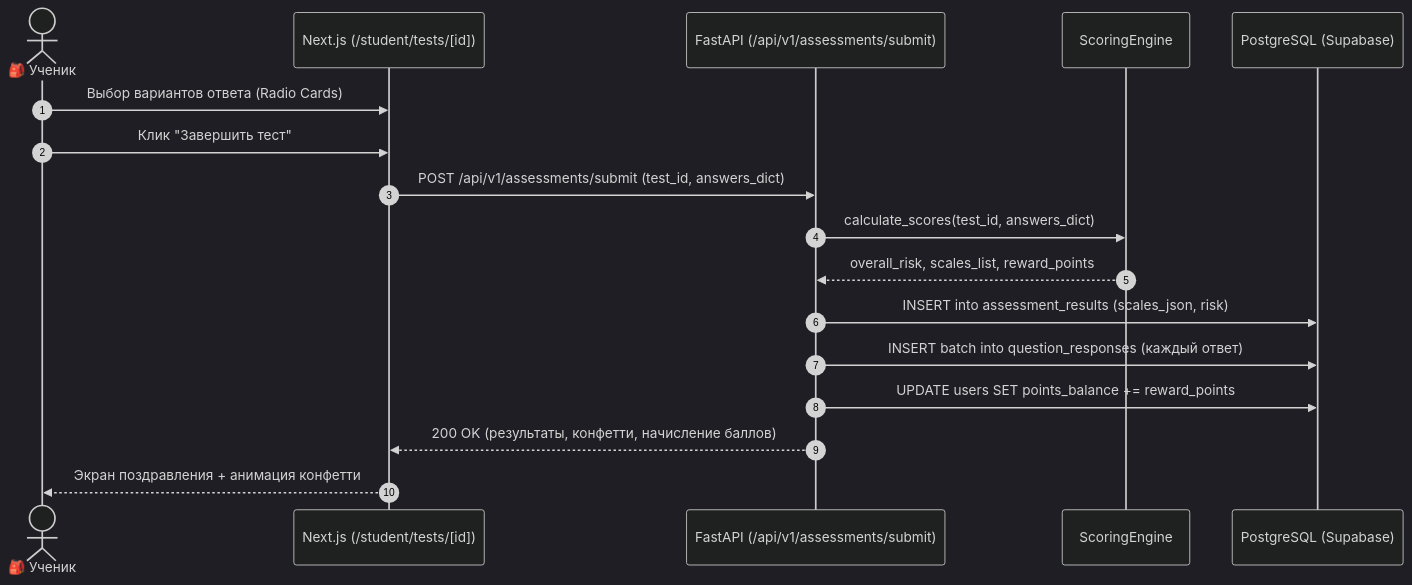
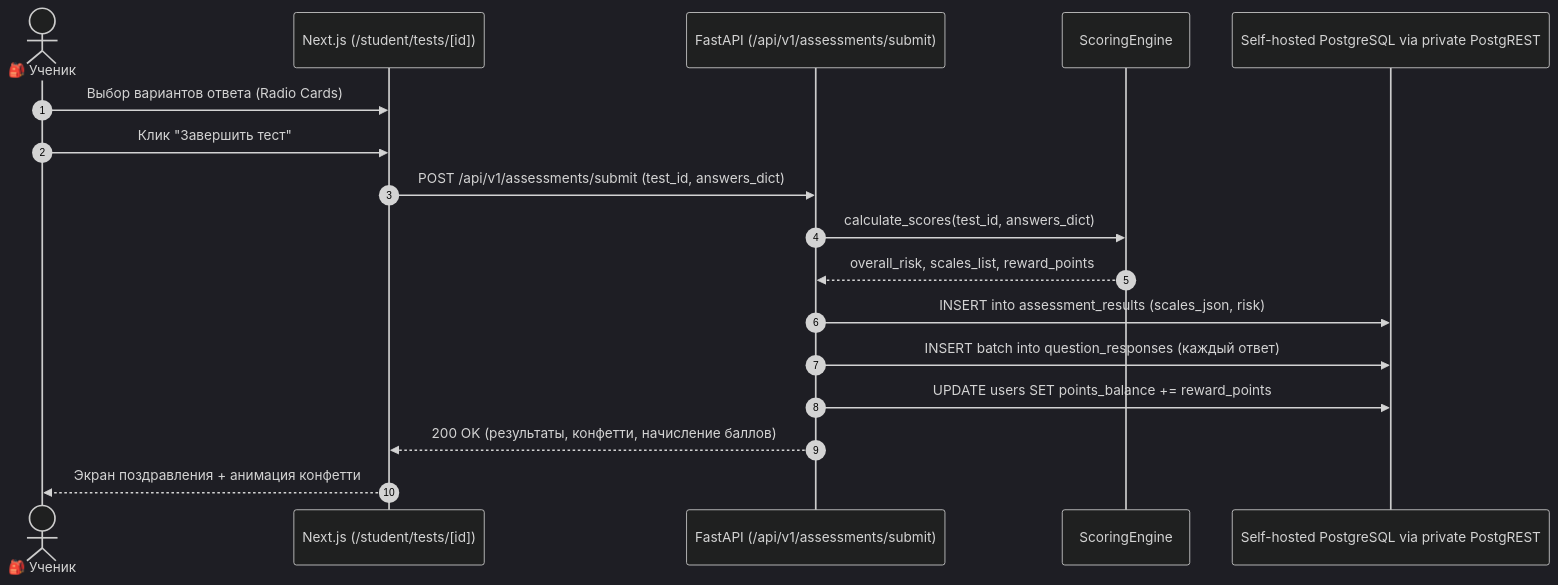
Before and after one commit to kl1lng/Psychology: the fourth of 6 diagrams in docs/PROJECT_ARCHITECTURE.md, drawn with Mermaid (dark theme). The commit also changed other lines of this file and 118 other files, not shown here.

Commit message:
Prepare AISezim 2.0 self-hosted deployment

````diff
--- a/docs/PROJECT_ARCHITECTURE.md
+++ b/docs/PROJECT_ARCHITECTURE.md
@@ -174,20 +176,20 @@
 ```mermaid
 sequenceDiagram
     autonumber
     actor Student as 🎒 Ученик
     participant UI as Next.js (/student/tests/[id])
     participant AssessAPI as FastAPI (/api/v1/assessments/submit)
     participant Scoring as ScoringEngine
-    participant DB as PostgreSQL (Supabase)
+    participant DB as Self-hosted PostgreSQL via private PostgREST
 
     Student->>UI: Выбор вариантов ответа (Radio Cards)
     Student->>UI: Клик "Завершить тест"
     UI->>AssessAPI: POST /api/v1/assessments/submit (test_id, answers_dict)
     AssessAPI->>Scoring: calculate_scores(test_id, answers_dict)
     Scoring-->>AssessAPI: overall_risk, scales_list, reward_points
     AssessAPI->>DB: INSERT into assessment_results (scales_json, risk)
     AssessAPI->>DB: INSERT batch into question_responses (каждый ответ)
     AssessAPI->>DB: UPDATE users SET points_balance += reward_points
     AssessAPI-->>UI: 200 OK (результаты, конфетти, начисление баллов)
     UI-->>Student: Экран поздравления + анимация конфетти
 ```
````
